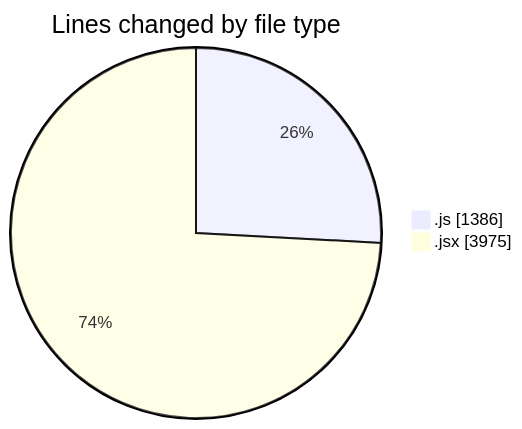
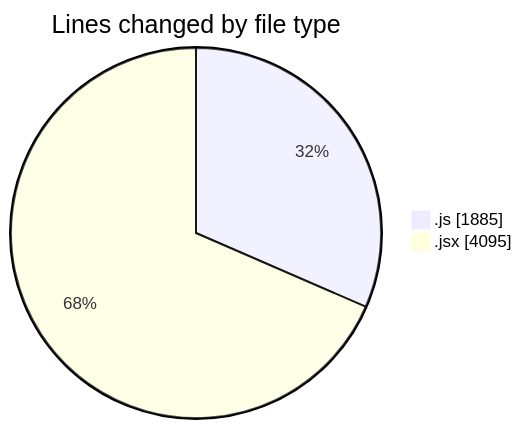
One commit to nxtqubesakshisongat/code-tracking changed the first of 2 diagrams in 2026-01-19/nxtqube_webapp/README.md. Above: the diagram before and after it, drawn with Mermaid. The commit also changed other lines of this file and 1 other file, not shown here.

````diff
--- a/2026-01-19/nxtqube_webapp/README.md
+++ b/2026-01-19/nxtqube_webapp/README.md
@@ -28,6 +30,6 @@
 ```mermaid
 pie showData
 title Lines changed by file type
-".js" : 1386
-".jsx" : 3975
+".js" : 1885
+".jsx" : 4095
 ```
````
